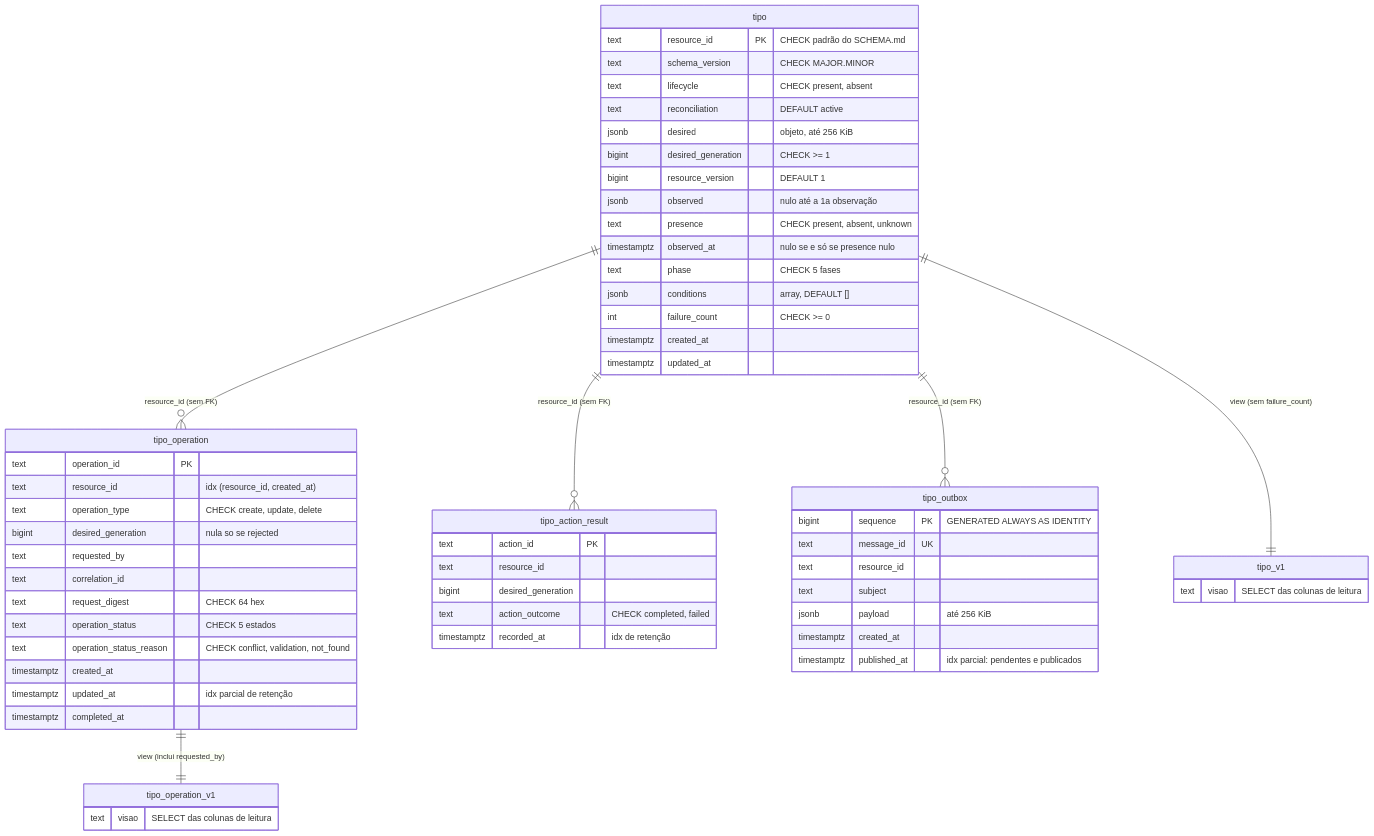
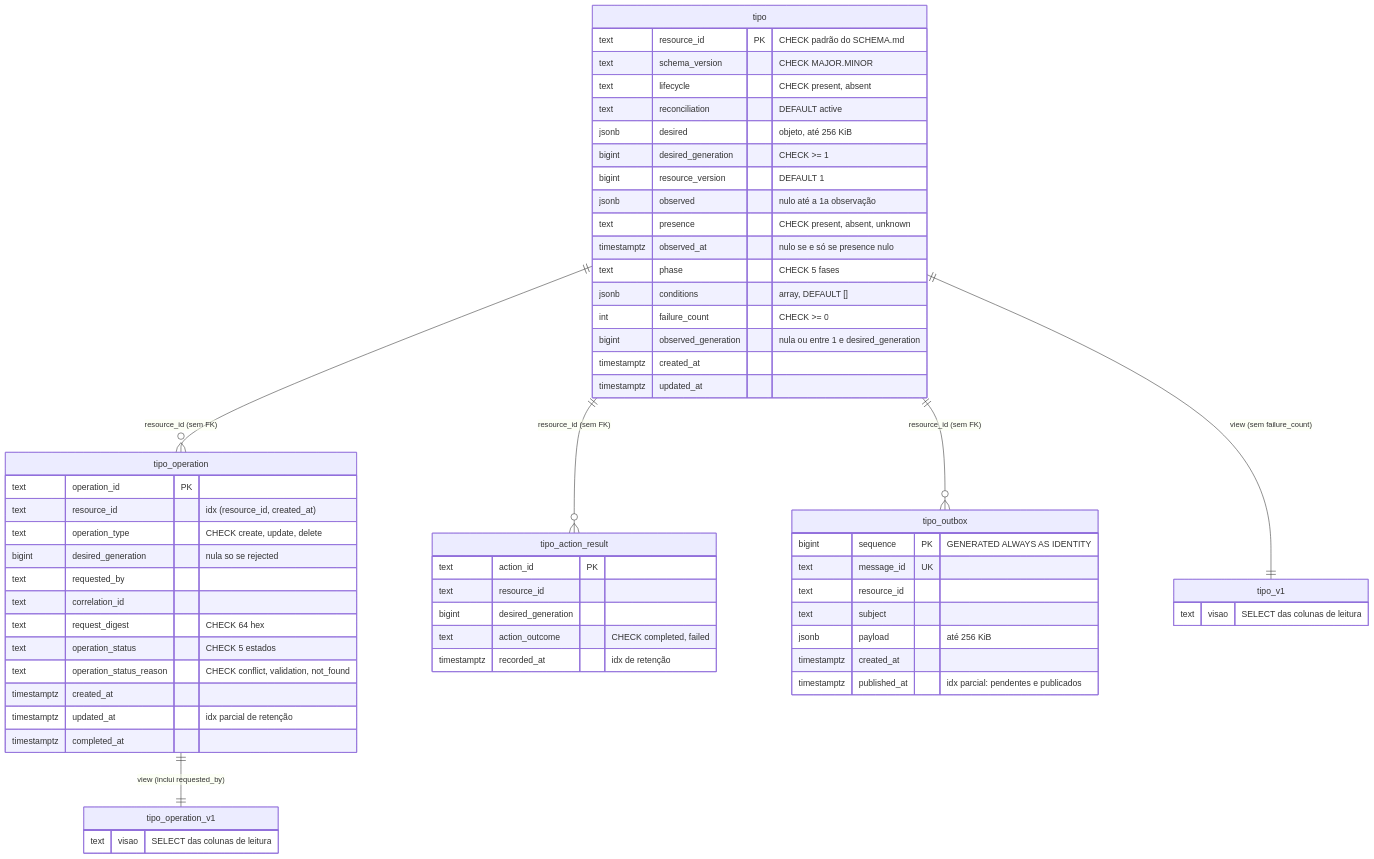
Before and after one commit to danielsabatini/smarkee: the diagram in docs/diagrams/postgresql-er-fisico.mmd, drawn with Mermaid. The commit also changed 154 other files, not shown here.

```diff
--- a/docs/diagrams/postgresql-er-fisico.mmd
+++ b/docs/diagrams/postgresql-er-fisico.mmd
@@ -1,60 +1,61 @@
 erDiagram
     tipo ||--o{ tipo_operation : "resource_id (sem FK)"
     tipo ||--o{ tipo_action_result : "resource_id (sem FK)"
     tipo ||--o{ tipo_outbox : "resource_id (sem FK)"
     tipo ||--|| tipo_v1 : "view (sem failure_count)"
     tipo_operation ||--|| tipo_operation_v1 : "view (inclui requested_by)"
 
     tipo {
         text resource_id PK "CHECK padrão do SCHEMA.md"
         text schema_version "CHECK MAJOR.MINOR"
         text lifecycle "CHECK present, absent"
         text reconciliation "DEFAULT active"
         jsonb desired "objeto, até 256 KiB"
         bigint desired_generation "CHECK >= 1"
         bigint resource_version "DEFAULT 1"
         jsonb observed "nulo até a 1a observação"
         text presence "CHECK present, absent, unknown"
         timestamptz observed_at "nulo se e só se presence nulo"
         text phase "CHECK 5 fases"
         jsonb conditions "array, DEFAULT []"
         int failure_count "CHECK >= 0"
+        bigint observed_generation "nula ou entre 1 e desired_generation"
         timestamptz created_at
         timestamptz updated_at
     }
     tipo_operation {
         text operation_id PK
         text resource_id "idx (resource_id, created_at)"
         text operation_type "CHECK create, update, delete"
         bigint desired_generation "nula so se rejected"
         text requested_by
         text correlation_id
         text request_digest "CHECK 64 hex"
         text operation_status "CHECK 5 estados"
         text operation_status_reason "CHECK conflict, validation, not_found"
         timestamptz created_at
         timestamptz updated_at "idx parcial de retenção"
         timestamptz completed_at
     }
     tipo_action_result {
         text action_id PK
         text resource_id
         bigint desired_generation
         text action_outcome "CHECK completed, failed"
         timestamptz recorded_at "idx de retenção"
     }
     tipo_outbox {
         bigint sequence PK "GENERATED ALWAYS AS IDENTITY"
         text message_id UK
         text resource_id
         text subject
         jsonb payload "até 256 KiB"
         timestamptz created_at
         timestamptz published_at "idx parcial: pendentes e publicados"
     }
     tipo_v1 {
         text visao "SELECT das colunas de leitura"
     }
     tipo_operation_v1 {
         text visao "SELECT das colunas de leitura"
     }
```
